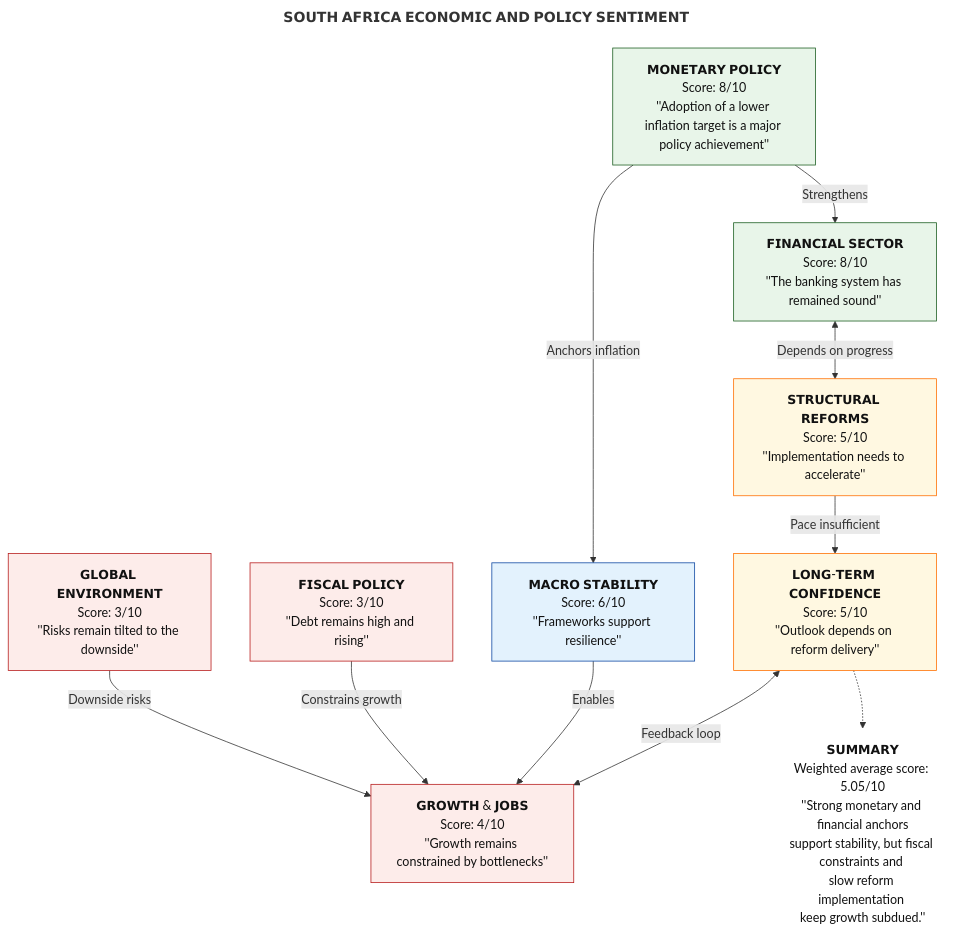
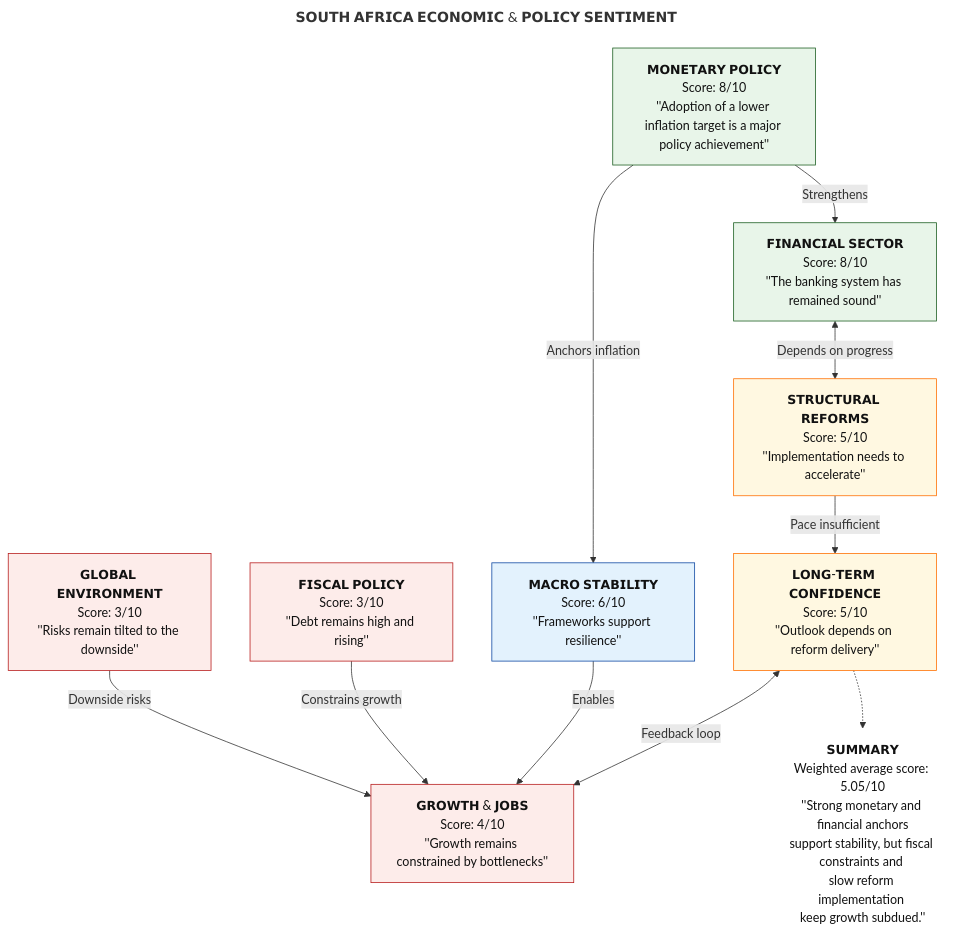
One commit to Tellusant/docs changed the first of 2 diagrams in articles-posts/economic-and-policy-sentiment-zaf.md. Above: the diagram before and after it, drawn with Mermaid. The commit also changed other lines of this file, not shown here.

```diff
--- a/articles-posts/economic-and-policy-sentiment-zaf.md
+++ b/articles-posts/economic-and-policy-sentiment-zaf.md
@@ -12,42 +12,42 @@
 <div class="mermaid">
 ---
-title: 𝗦𝗢𝗨𝗧𝗛 𝗔𝗙𝗥𝗜𝗖𝗔 𝗘𝗖𝗢𝗡𝗢𝗠𝗜𝗖 𝗔𝗡𝗗 𝗣𝗢𝗟𝗜𝗖𝗬 𝗦𝗘𝗡𝗧𝗜𝗠𝗘𝗡𝗧
+title: 𝗦𝗢𝗨𝗧𝗛 𝗔𝗙𝗥𝗜𝗖𝗔 𝗘𝗖𝗢𝗡𝗢𝗠𝗜𝗖 & 𝗣𝗢𝗟𝗜𝗖𝗬 𝗦𝗘𝗡𝗧𝗜𝗠𝗘𝗡𝗧
 ---
 flowchart TD
 
 %% ========= NODES =========
 GE["𝗚𝗟𝗢𝗕𝗔𝗟 𝗘𝗡𝗩𝗜𝗥𝗢𝗡𝗠𝗘𝗡𝗧\nScore: 3/10\n''Risks remain tilted to the downside''"]:::risk
 FP["𝗙𝗜𝗦𝗖𝗔𝗟 𝗣𝗢𝗟𝗜𝗖𝗬\nScore: 3/10\n''Debt remains high and rising''"]:::risk
 GJ["𝗚𝗥𝗢𝗪𝗧𝗛 & 𝗝𝗢𝗕𝗦\nScore: 4/10\n''Growth remains constrained by bottlenecks''"]:::risk
 MP["𝗠𝗢𝗡𝗘𝗧𝗔𝗥𝗬 𝗣𝗢𝗟𝗜𝗖𝗬\nScore: 8/10\n''Adoption of a lower inflation target is a major policy achievement''"]:::strong
 MS["𝗠𝗔𝗖𝗥𝗢 𝗦𝗧𝗔𝗕𝗜𝗟𝗜𝗧𝗬\nScore: 6/10\n''Frameworks support resilience''"]:::neutral
 FS["𝗙𝗜𝗡𝗔𝗡𝗖𝗜𝗔𝗟 𝗦𝗘𝗖𝗧𝗢𝗥\nScore: 8/10\n''The banking system has remained sound''"]:::strong
 SR["𝗦𝗧𝗥𝗨𝗖𝗧𝗨𝗥𝗔𝗟 𝗥𝗘𝗙𝗢𝗥𝗠𝗦\nScore: 5/10\n''Implementation needs to accelerate''"]:::mixed
 LC["𝗟𝗢𝗡𝗚-𝗧𝗘𝗥𝗠 𝗖𝗢𝗡𝗙𝗜𝗗𝗘𝗡𝗖𝗘\nScore: 5/10\n''Outlook depends on reform delivery''"]:::mixed
 
 %% ========= RELATIONSHIPS =========
 GE -->|Downside risks| GJ
 FP -->|Constrains growth| GJ
 MP -->|Anchors inflation| MS
 MS -->|Enables| GJ
 MP -->|Strengthens| FS
 FS <-->|Depends on progress| SR
 SR -->|Pace insufficient| LC
 LC <-->|Feedback loop| GJ
 
 %% ========= INVISIBLE LAYOUT CONTROL =========
 ANCHOR[" "]:::anchor
 
 %% ========= SUMMARY (FORCED BELOW, NO VISIBLE ARROWS) =========
 SUM["𝗦𝗨𝗠𝗠𝗔𝗥𝗬\nWeighted average score: 5.05/10\n''Strong monetary and financial anchors\nsupport stability, but fiscal constraints and \nslow reform implementation \nkeep growth subdued.''"]:::summary
 LC -.-> SUM:::anchor
 
 %% ========= STYLES =========
 classDef strong  fill:#E8F5E9,stroke:#1B5E20,stroke-width:1px,color:#111;
 classDef neutral fill:#E3F2FD,stroke:#0D47A1,stroke-width:1px,color:#111;
 classDef mixed   fill:#FFF8E1,stroke:#FF6F00,stroke-width:1px,color:#111;
 classDef risk    fill:#FDECEA,stroke:#B71C1C,stroke-width:1px,color:#111;
 classDef summary fill:#F5F5F5,stroke:#424242,stroke-width:1px,color:#111;
 classDef anchor fill:transparent,stroke:transparent;
 
 </div>
```
